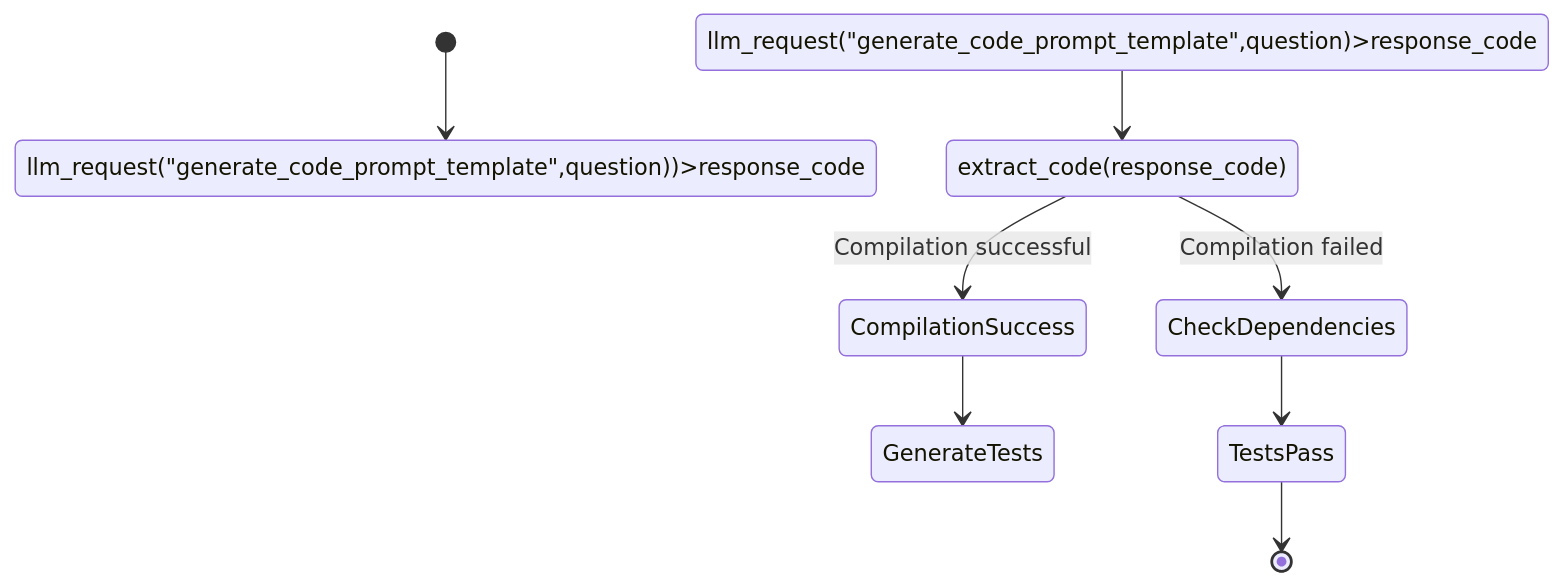
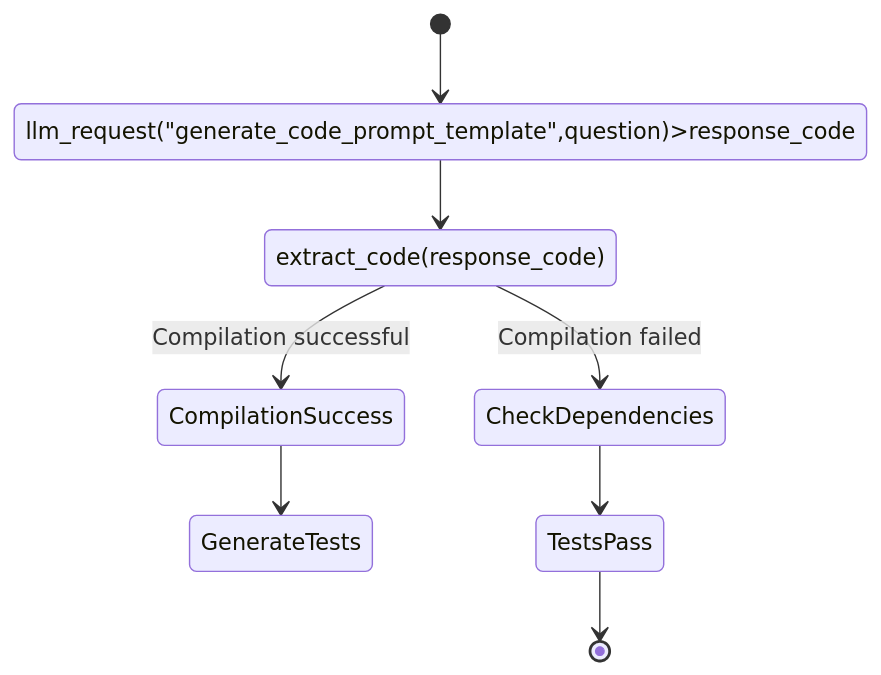
One commit to rizgan/LLM-Logic-Exec-Verify changed the diagram in state.md. Above: the diagram before and after it, drawn with Mermaid.

````diff
--- a/state.md
+++ b/state.md
@@ -1,10 +1,10 @@
 ```mermaid
 stateDiagram
-[*] --> llm_request("generate_code_prompt_template",question))>response_code
+[*] --> llm_request("generate_code_prompt_template",question)>response_code
 llm_request("generate_code_prompt_template",question)>response_code --> extract_code(response_code)
 extract_code(response_code) --> CompilationSuccess : Compilation successful
 extract_code(response_code) --> CheckDependencies : Compilation failed
 CompilationSuccess --> GenerateTests
 CheckDependencies  --> TestsPass
 TestsPass --> [*]
 ```
````
